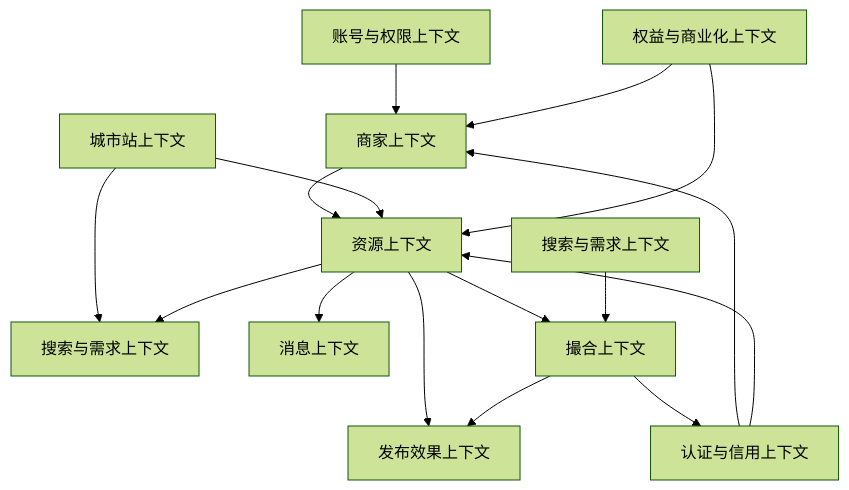
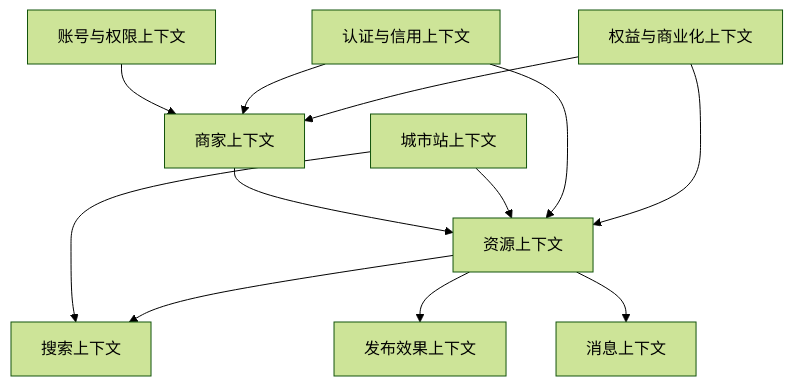
One commit to tourdt/wplink changed the diagram in docs/product/domain-model-ddd.md. Above: the diagram before and after it, drawn with Mermaid (forest theme). The commit also changed other lines of this file and 17 other files, not shown here.

````diff
--- a/docs/product/domain-model-ddd.md
+++ b/docs/product/domain-model-ddd.md
@@ -242,18 +221,14 @@
 ```mermaid
 flowchart TD
   Account["账号与权限上下文"] --> Merchant["商家上下文"]
   Merchant --> Resource["资源上下文"]
   City["城市站上下文"] --> Resource
-  City --> Search["搜索与需求上下文"]
+  City --> Search["搜索上下文"]
   Resource --> Search
   Resource --> Metrics["发布效果上下文"]
   Resource --> Message["消息上下文"]
-  Resource --> Match["撮合上下文"]
-  Demand["搜索与需求上下文"] --> Match
   Verification["认证与信用上下文"] --> Merchant
   Verification --> Resource
   Entitlement["权益与商业化上下文"] --> Resource
   Entitlement --> Merchant
-  Match --> Verification
-  Match --> Metrics
 ```
````
